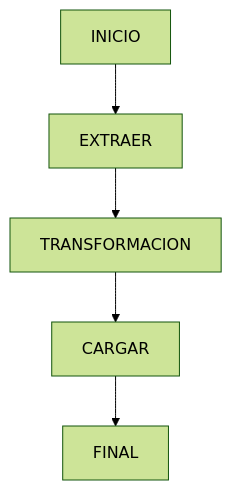
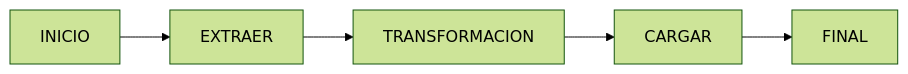
One commit to IanRJ19/PEDE5_Airflow changed the diagram in dags/dag_modular/README.md. Above: the diagram before and after it, drawn with Mermaid (forest theme).

````diff
--- a/dags/dag_modular/README.md
+++ b/dags/dag_modular/README.md
@@ -26,7 +26,7 @@
 ```mermaid
-graph TD;
+graph LR;
     INICIO --> EXTRAER;
     EXTRAER --> TRANSFORMACION;
     TRANSFORMACION --> CARGAR;
     CARGAR --> FINAL;
 ```
````
